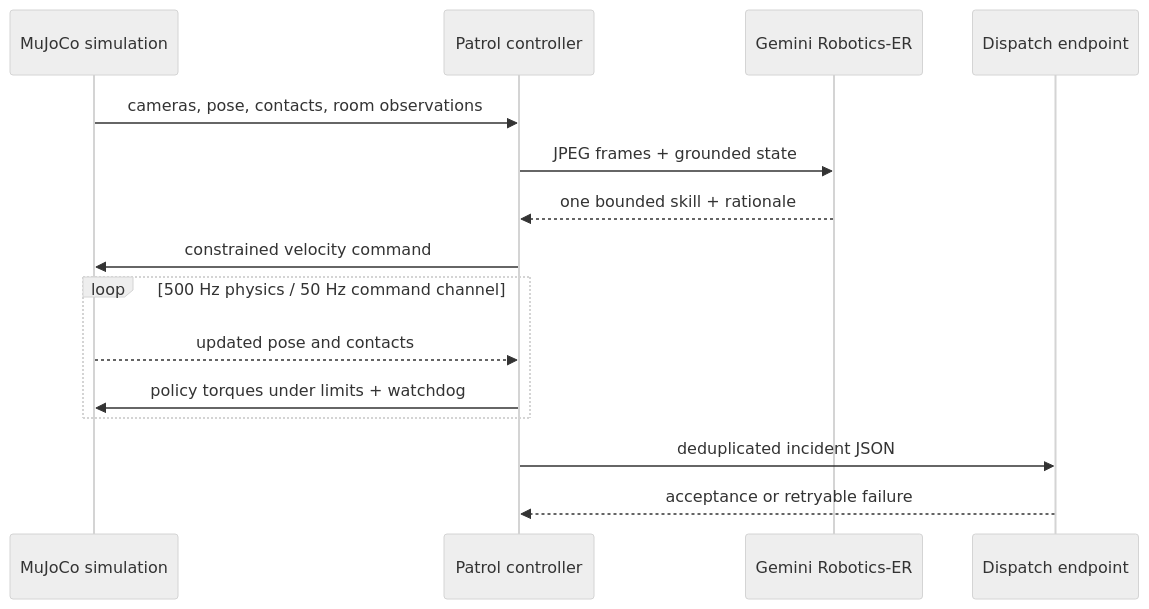
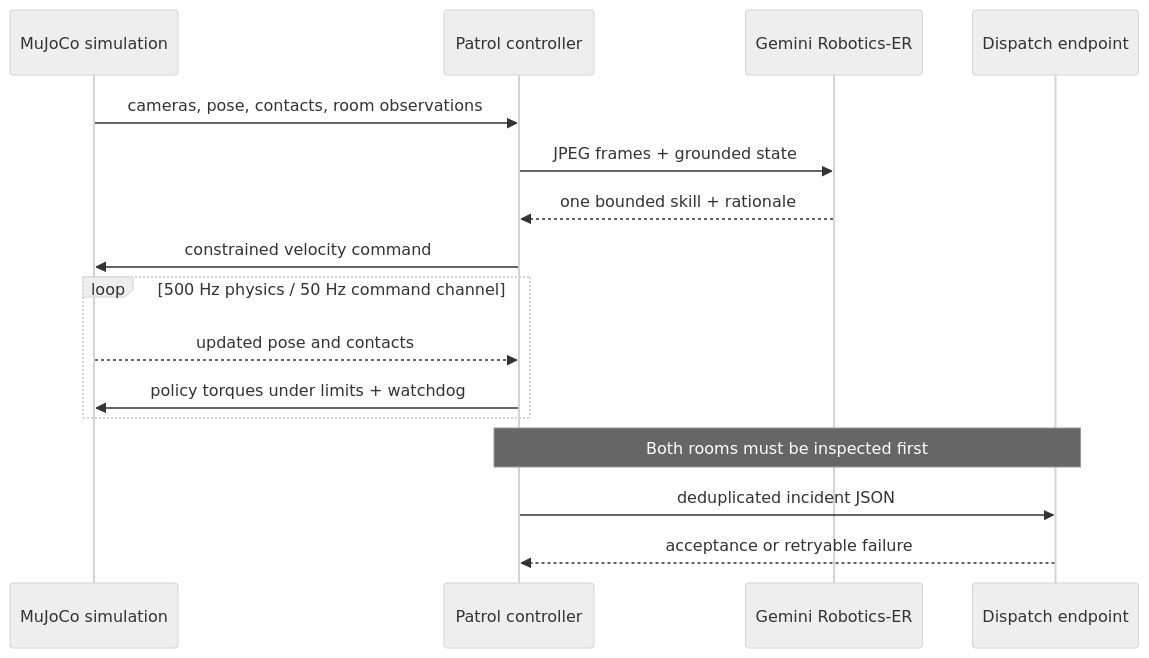
Before and after one commit to KaushikSiva/baymax: the first of 2 diagrams in docs/ARCHITECTURE.md, drawn with Mermaid (neutral theme). The commit also changed other lines of this file and 5 other files, not shown here.

Commit message:
Defer dispatch until both rooms are inspected

````diff
--- a/docs/ARCHITECTURE.md
+++ b/docs/ARCHITECTURE.md
@@ -10,18 +10,19 @@
 ```mermaid
 sequenceDiagram
     participant Sim as MuJoCo simulation
     participant Controller as Patrol controller
     participant Gemini as Gemini Robotics-ER
     participant API as Dispatch endpoint
 
     Sim->>Controller: cameras, pose, contacts, room observations
     Controller->>Gemini: JPEG frames + grounded state
     Gemini-->>Controller: one bounded skill + rationale
     Controller->>Sim: constrained velocity command
     loop 500 Hz physics / 50 Hz command channel
         Sim-->>Controller: updated pose and contacts
         Controller->>Sim: policy torques under limits + watchdog
     end
+    Note over Controller,API: Both rooms must be inspected first
     Controller->>API: deduplicated incident JSON
     API-->>Controller: acceptance or retryable failure
 ```
````
